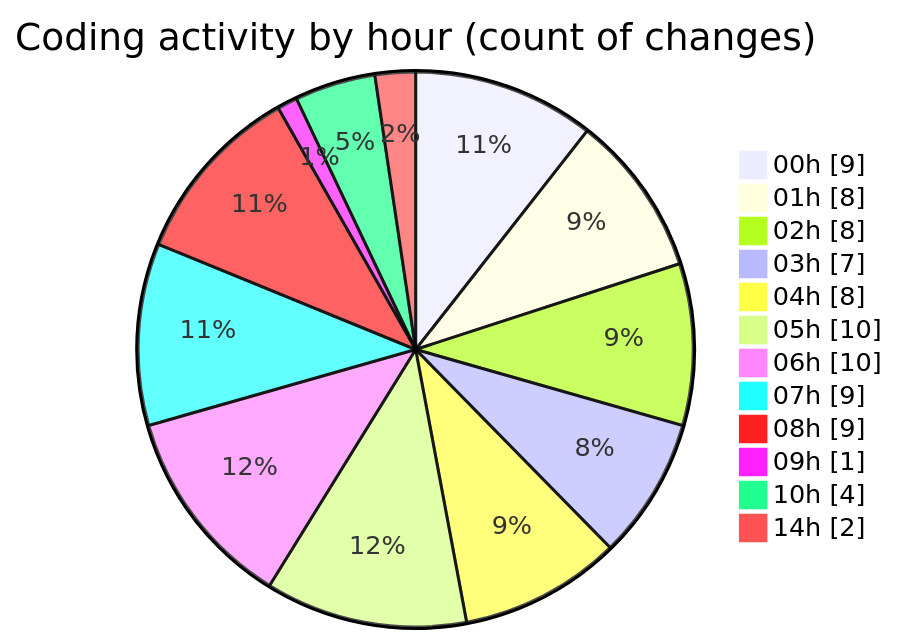
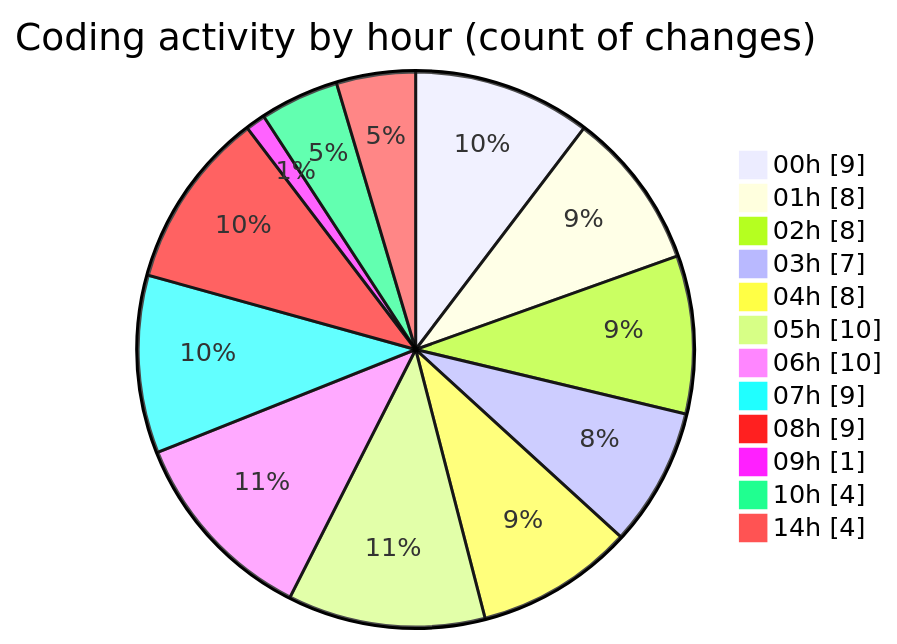
One commit to jrari/code-tracking changed the second of 2 diagrams in 2025-07-14/telebot/README.md. Above: the diagram before and after it, drawn with Mermaid. The commit also changed other lines of this file and 1 other file, not shown here.

````diff
--- a/2025-07-14/telebot/README.md
+++ b/2025-07-14/telebot/README.md
@@ -61,16 +62,16 @@
 ```mermaid
 pie showData
 title Coding activity by hour (count of changes)
 "00h" : 9
 "01h" : 8
 "02h" : 8
 "03h" : 7
 "04h" : 8
 "05h" : 10
 "06h" : 10
 "07h" : 9
 "08h" : 9
 "09h" : 1
 "10h" : 4
-"14h" : 2
+"14h" : 4
 ```
````
